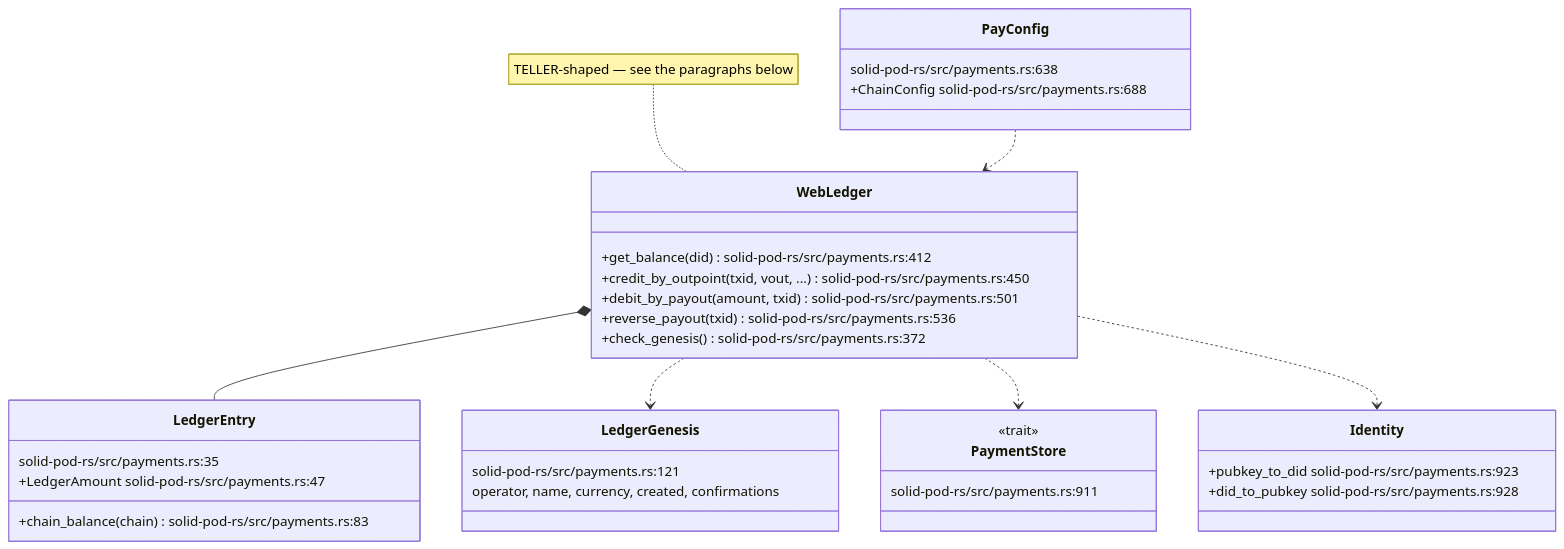
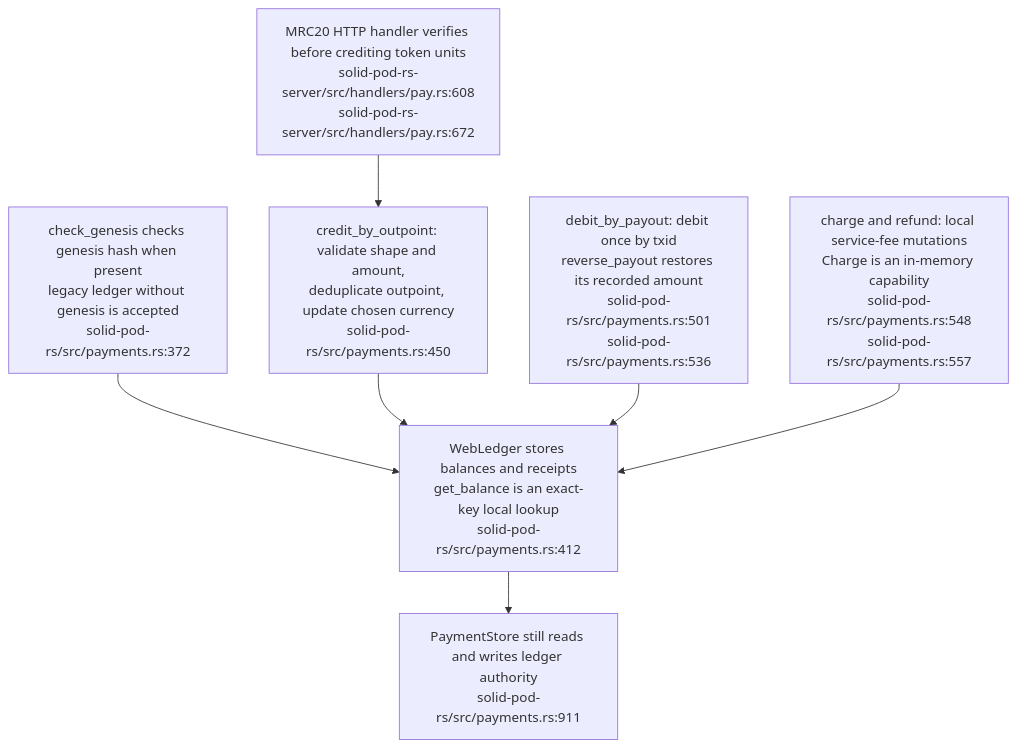
Before and after one commit to DreamLab-AI/VisionFlow: diagram 12 of 19 in docs/diagrams/solid-pod-rs/07-provenance-and-payments.md, drawn with Mermaid. The commit also changed other lines of this file and 54 other files, not shown here.

````diff
--- a/docs/diagrams/solid-pod-rs/07-provenance-and-payments.md
+++ b/docs/diagrams/solid-pod-rs/07-provenance-and-payments.md
@@ -364,38 +341,15 @@
 ```mermaid
-classDiagram
-    direction TB
-    class WebLedger {
-        +get_balance(did)  solid-pod-rs/src/payments.rs:412
-        +credit_by_outpoint(txid, vout, ...)  solid-pod-rs/src/payments.rs:450
-        +debit_by_payout(amount, txid)  solid-pod-rs/src/payments.rs:501
-        +reverse_payout(txid)  solid-pod-rs/src/payments.rs:536
-        +check_genesis()  solid-pod-rs/src/payments.rs:372
-    }
-    class LedgerEntry {
-        solid-pod-rs/src/payments.rs:35
-        +LedgerAmount  solid-pod-rs/src/payments.rs:47
-        +chain_balance(chain)  solid-pod-rs/src/payments.rs:83
-    }
-    class LedgerGenesis {
-        solid-pod-rs/src/payments.rs:121
-        operator, name, currency, created, confirmations
-    }
-    class PayConfig {
-        solid-pod-rs/src/payments.rs:638
-        +ChainConfig  solid-pod-rs/src/payments.rs:688
-    }
-    class PaymentStore {
-        <<trait>>
-        solid-pod-rs/src/payments.rs:911
-    }
-    class Identity {
-        +pubkey_to_did  solid-pod-rs/src/payments.rs:923
-        +did_to_pubkey  solid-pod-rs/src/payments.rs:928
-    }
-    WebLedger *-- LedgerEntry
-    WebLedger ..> LedgerGenesis
-    WebLedger ..> PaymentStore
-    PayConfig ..> WebLedger
-    WebLedger ..> Identity
-    note for WebLedger "TELLER-shaped — see the paragraphs below"
+flowchart TD
+    LEDGER["WebLedger stores balances and receipts<br/>get_balance is an exact-key local lookup<br/>solid-pod-rs/src/payments.rs:412"]
+    ID["check_genesis checks genesis hash when present<br/>legacy ledger without genesis is accepted<br/>solid-pod-rs/src/payments.rs:372"]
+    CREDIT["credit_by_outpoint: validate shape and amount,<br/>deduplicate outpoint, update chosen currency<br/>solid-pod-rs/src/payments.rs:450"]
+    PAYOUT["debit_by_payout: debit once by txid<br/>reverse_payout restores its recorded amount<br/>solid-pod-rs/src/payments.rs:501<br/>solid-pod-rs/src/payments.rs:536"]
+    CHARGE["charge and refund: local service-fee mutations<br/>Charge is an in-memory capability<br/>solid-pod-rs/src/payments.rs:548<br/>solid-pod-rs/src/payments.rs:557"]
+    STORE["PaymentStore still reads and writes ledger authority<br/>solid-pod-rs/src/payments.rs:911"]
+    VERIFY["MRC20 HTTP handler verifies before crediting token units<br/>solid-pod-rs-server/src/handlers/pay.rs:608<br/>solid-pod-rs-server/src/handlers/pay.rs:672"]
+    ID --> LEDGER
+    VERIFY --> CREDIT --> LEDGER
+    PAYOUT --> LEDGER
+    CHARGE --> LEDGER
+    LEDGER --> STORE
 ```
````
